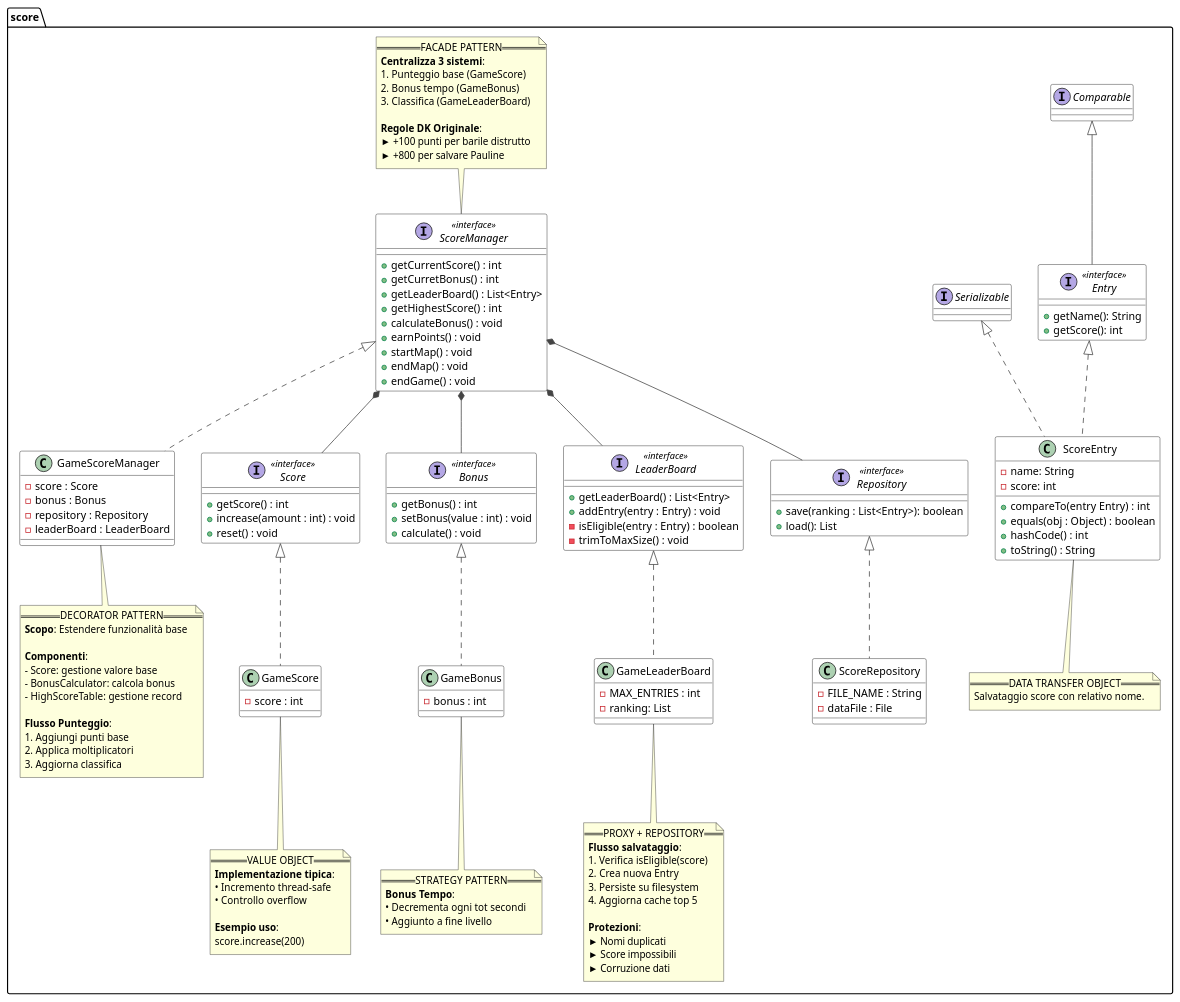
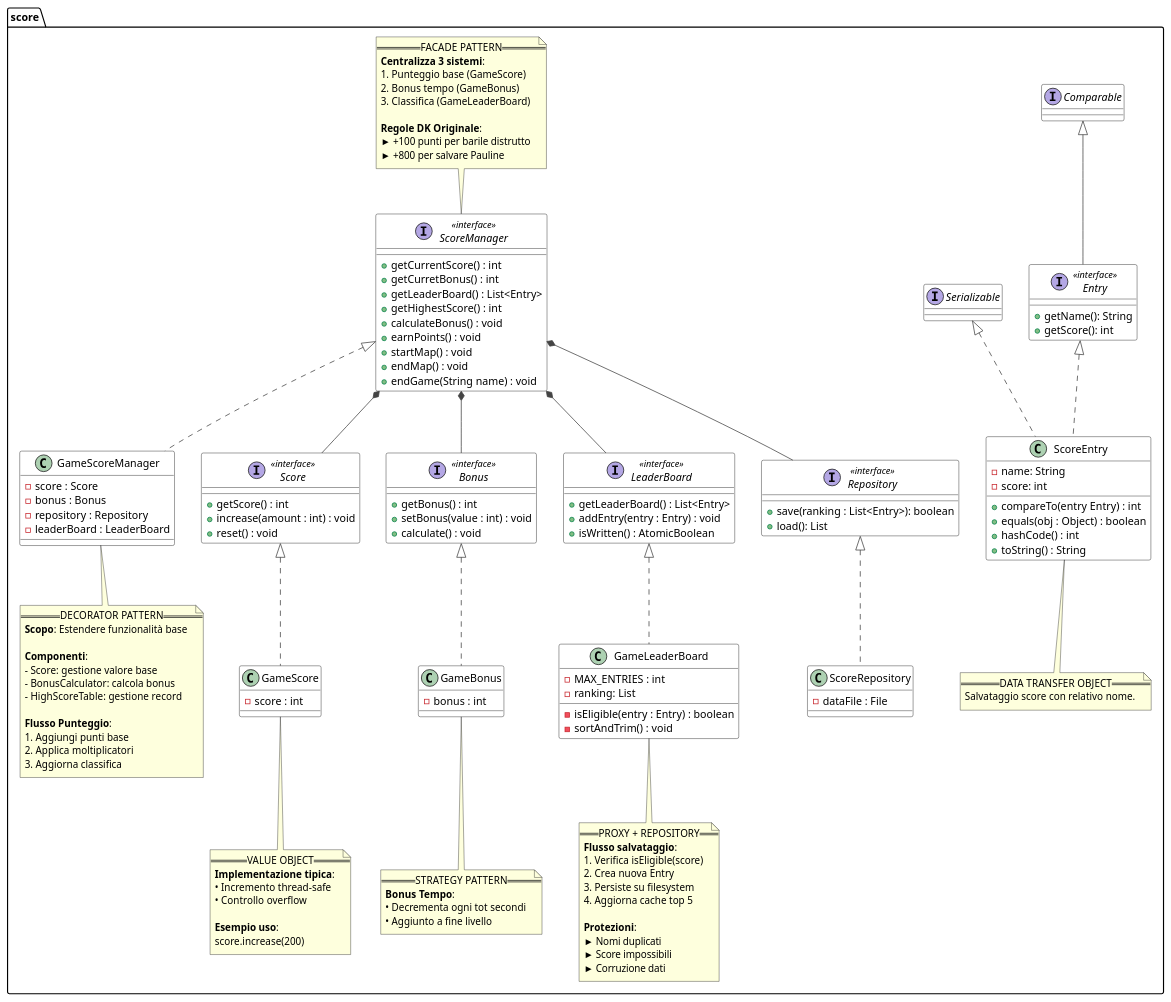
One commit to unibo-oop-projects/OOP24-AlessandroRebosio-FilippoRicciotti-Grace-GraziaBochdanovits-RenovateBot-coffeBreak changed the diagram in uml-diagram/model/score.puml. Above: the diagram before and after it, drawn with PlantUML.

Commit message:
updated UML of score

```diff
--- a/uml-diagram/model/score.puml
+++ b/uml-diagram/model/score.puml
@@ -1,152 +1,152 @@
 @startuml coffeBreak.score
 
     skinparam class {
         BackgroundColor White
         BorderColor Black
         ArrowColor #444
         NoteBackgroundColor #F9F9F9
     }
 
     package score {
 
         interface ScoreManager <<interface>> {
             + getCurrentScore() : int
             + getCurretBonus() : int
             + getLeaderBoard() : List<Entry>
             + getHighestScore() : int
             + calculateBonus() : void
             + earnPoints() : void
             + startMap() : void
             + endMap() : void
-            + endGame() : void
+            + endGame(String name) : void
         }
         
         class GameScoreManager implements ScoreManager {
             - score : Score
             - bonus : Bonus
             - repository : Repository
             - leaderBoard : LeaderBoard
         }
         
         interface Score <<interface>> {
             + getScore() : int
             + increase(amount : int) : void
             + reset() : void
         }
         
         class GameScore implements Score {
             - score : int
         }
         
         interface Bonus <<interface>> {
             + getBonus() : int
             + setBonus(value : int) : void
             + calculate() : void
         }
         
         class GameBonus implements Bonus {
             - bonus : int
         }
         
         interface LeaderBoard <<interface>> {
             + getLeaderBoard() : List<Entry>
             + addEntry(entry : Entry) : void
-            - isEligible(entry : Entry) : boolean
-            - trimToMaxSize() : void
+            + isWritten() : AtomicBoolean
         }
         
         class GameLeaderBoard implements LeaderBoard {
             - MAX_ENTRIES : int
             - ranking: List
+            - isEligible(entry : Entry) : boolean
+            - sortAndTrim() : void
         }
 
         interface Repository <<interface>> {
             + save(ranking : List<Entry>): boolean
             + load(): List
         }
         
         class ScoreRepository implements Repository {
-            - FILE_NAME : String
             - dataFile : File
         }
 
         interface Entry <<interface>> extends Comparable {
             + getName(): String
             + getScore(): int
         }
         
         class ScoreEntry implements Entry, Serializable {
             - name: String
             - score: int
             + compareTo(entry Entry) : int
             + equals(obj : Object) : boolean
             + hashCode() : int
             + toString() : String
         }
 
         ScoreManager *-- Score
         ScoreManager *-- Bonus
         ScoreManager *-- LeaderBoard
         ScoreManager *-- Repository
         ' GameLeaderBoard o-- Entry
         
         note top of ScoreManager
             == FACADE PATTERN ==
             **Centralizza 3 sistemi**:
             1. Punteggio base (GameScore)
             2. Bonus tempo (GameBonus)
             3. Classifica (GameLeaderBoard)
             
             **Regole DK Originale**:
             ► +100 punti per barile distrutto
             ► +800 per salvare Pauline
         end note
         note bottom of GameScoreManager
             == DECORATOR PATTERN ==
             **Scopo**: Estendere funzionalità base
             
             **Componenti**:
             - Score: gestione valore base
             - BonusCalculator: calcola bonus
             - HighScoreTable: gestione record
             
             **Flusso Punteggio**:
             1. Aggiungi punti base
             2. Applica moltiplicatori
             3. Aggiorna classifica
         end note
         note bottom of GameScore
             == VALUE OBJECT ==
             **Implementazione tipica**:
             • Incremento thread-safe
             • Controllo overflow
             
             **Esempio uso**:
             score.increase(200)
         end note
         note bottom of GameBonus
             == STRATEGY PATTERN ==
             **Bonus Tempo**:
             • Decrementa ogni tot secondi
             • Aggiunto a fine livello
         end note
         note bottom of GameLeaderBoard
             == PROXY + REPOSITORY ==
             **Flusso salvataggio**:
             1. Verifica isEligible(score)
             2. Crea nuova Entry
             3. Persiste su filesystem
             4. Aggiorna cache top 5
             
             **Protezioni**:
             ► Nomi duplicati
             ► Score impossibili
             ► Corruzione dati
         end note
         note bottom of ScoreEntry
             == DATA TRANSFER OBJECT ==
             Salvataggio score con relativo nome.
         end note
     }
 
 @enduml
```
